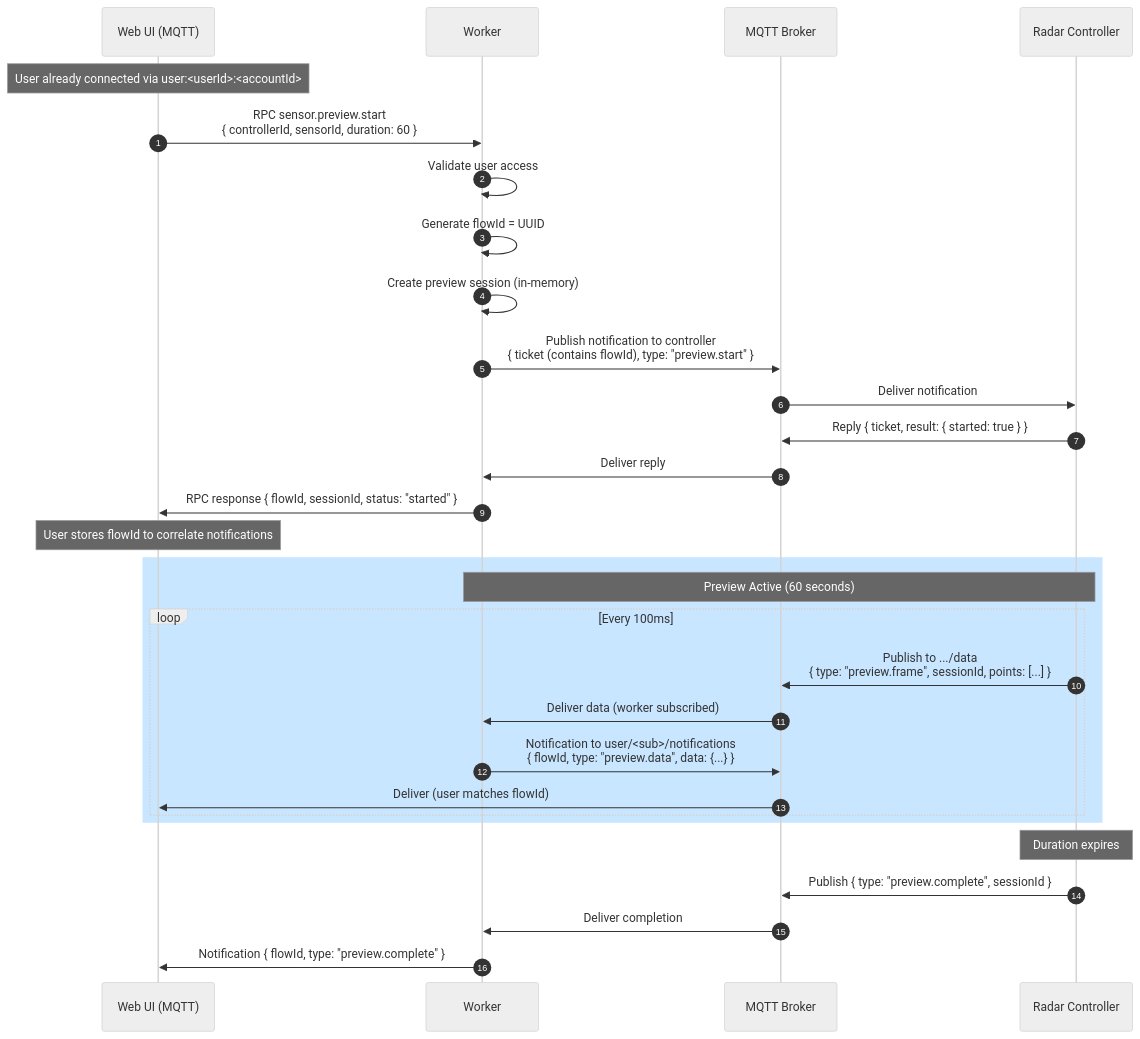
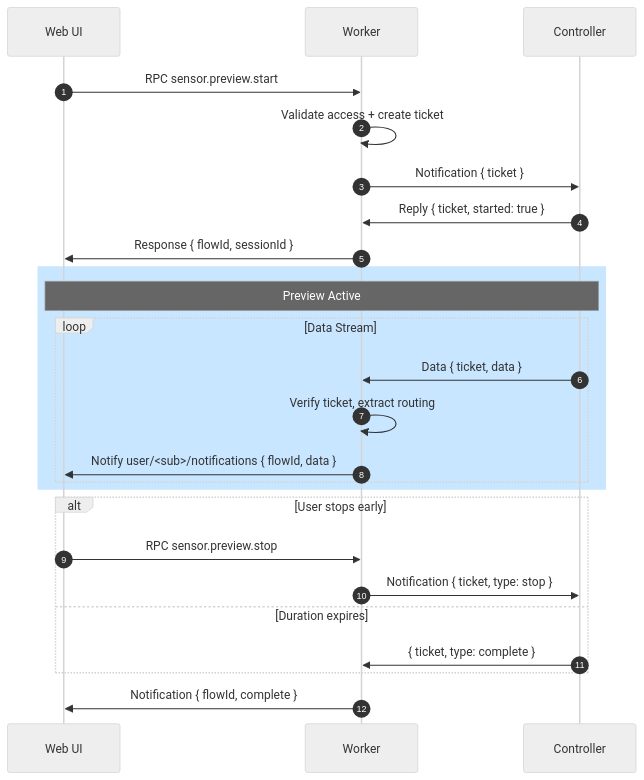
Before and after one commit to Tis1201/data_fs04: the diagram in docs/architecture/device/mqtt/controllers/SENSOR_PREVIEW.md, drawn with Mermaid (neutral theme). The commit also changed other lines of this file and 1 other file, not shown here.

Commit message:
docs: Refactor and simplify sensor preview architecture, emphasizing stateless routing, and add cross-references to related documents.

````diff
--- a/docs/architecture/device/mqtt/controllers/SENSOR_PREVIEW.md
+++ b/docs/architecture/device/mqtt/controllers/SENSOR_PREVIEW.md
@@ -30,38 +9,30 @@
 ```mermaid
 sequenceDiagram
     autonumber
-    participant U as Web UI (MQTT)
+    participant U as Web UI
     participant W as Worker
-    participant B as MQTT Broker
-    participant C as Radar Controller
+    participant C as Controller
 
-    Note over U: User already connected via user:<userId>:<accountId>
+    U->>W: RPC sensor.preview.start
+    W->>W: Validate access + create ticket
+    W->>C: Notification { ticket }
+    C->>W: Reply { ticket, started: true }
+    W->>U: Response { flowId, sessionId }
 
-    U->>W: RPC sensor.preview.start<br/>{ controllerId, sensorId, duration: 60 }
-    W->>W: Validate user access
-    W->>W: Generate flowId = UUID
-    W->>W: Create preview session (in-memory)
-    
-    W->>B: Publish notification to controller<br/>{ ticket (contains flowId), type: "preview.start" }
-    B->>C: Deliver notification
-    C->>B: Reply { ticket, result: { started: true } }
-    B->>W: Deliver reply
-    
-    W->>U: RPC response { flowId, sessionId, status: "started" }
-    Note over U: User stores flowId to correlate notifications
-    
     rect rgb(200, 230, 255)
-        Note over C,W: Preview Active (60 seconds)
-        loop Every 100ms
-            C->>B: Publish to .../data<br/>{ type: "preview.frame", sessionId, points: [...] }
-            B->>W: Deliver data (worker subscribed)
-            W->>B: Notification to user/<sub>/notifications<br/>{ flowId, type: "preview.data", data: {...} }
-            B->>U: Deliver (user matches flowId)
+        Note over C,U: Preview Active
+        loop Data Stream
+            C->>W: Data { ticket, data }
+            W->>W: Verify ticket, extract routing
+            W->>U: Notify user/<sub>/notifications { flowId, data }
         end
     end
-    
-    Note over C: Duration expires
-    C->>B: Publish { type: "preview.complete", sessionId }
-    B->>W: Deliver completion
-    W->>U: Notification { flowId, type: "preview.complete" }
+
+    alt User stops early
+        U->>W: RPC sensor.preview.stop
+        W->>C: Notification { ticket, type: stop }
+    else Duration expires
+        C->>W: { ticket, type: complete }
+    end
+    W->>U: Notification { flowId, complete }
 ```
````
